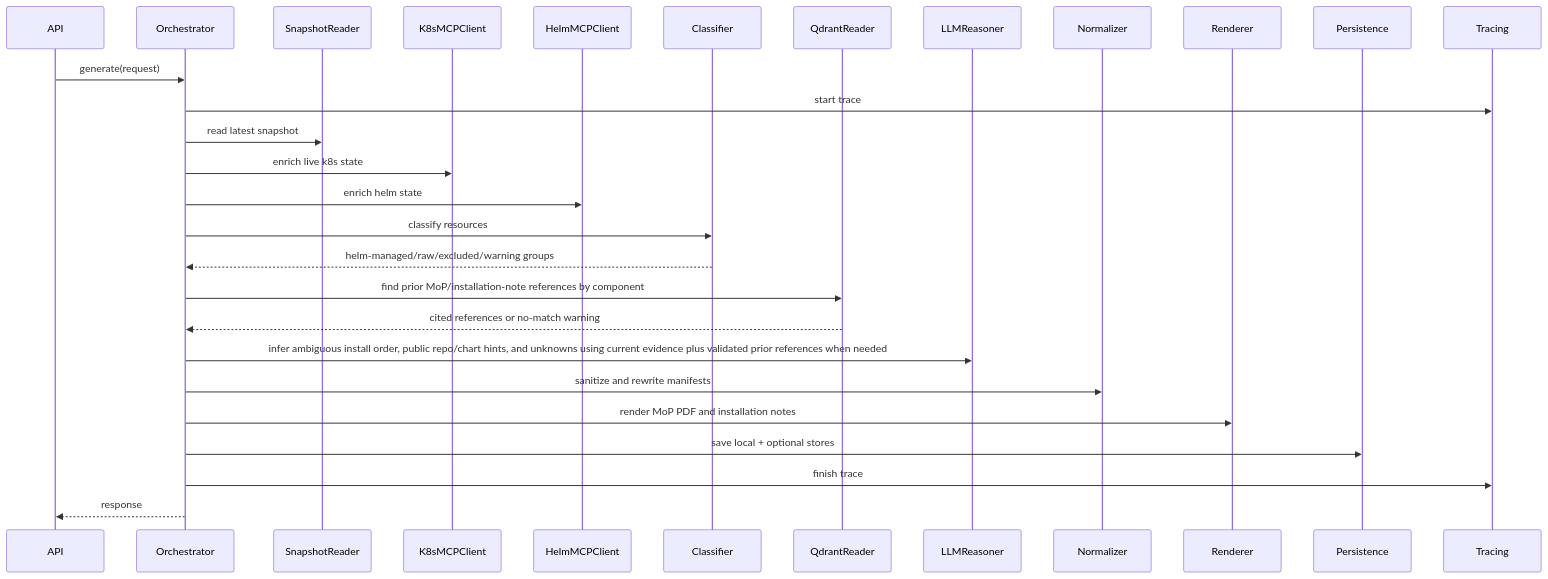
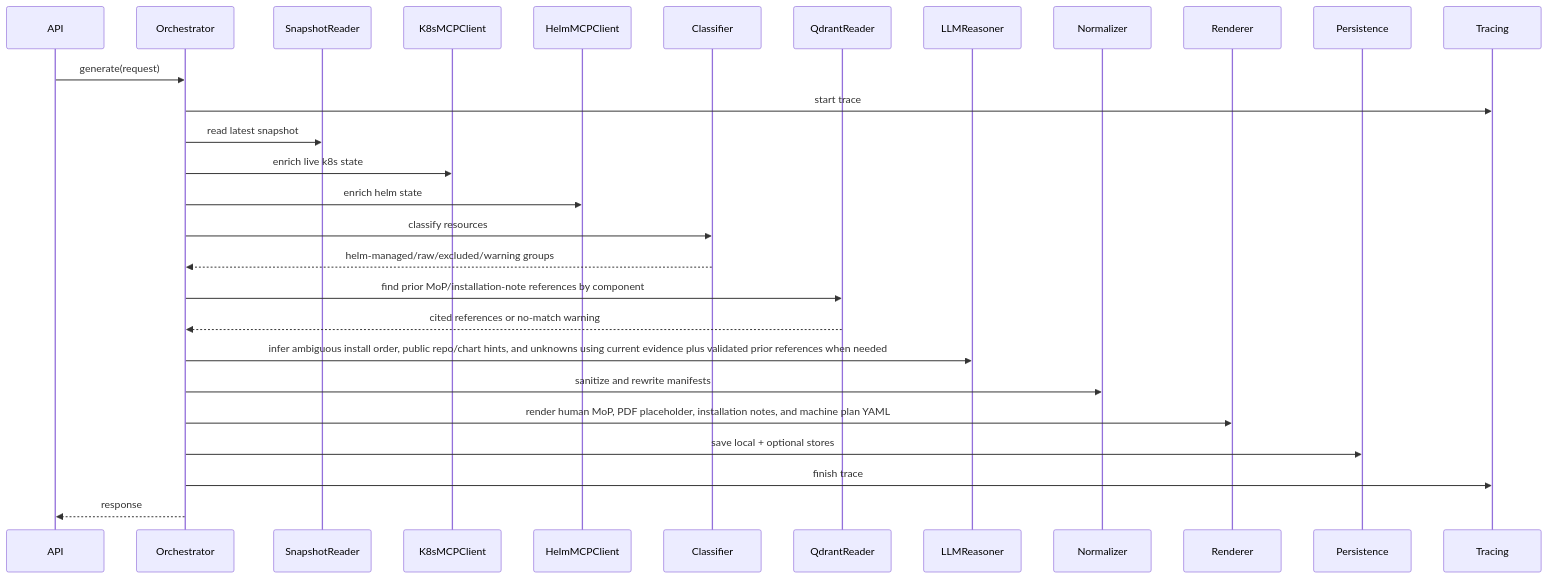
Before and after one commit to aveeshek/bosgenesis-mop-creation-agent: the second of 4 diagrams in docs/03_LLD_MOP_CREATION_AGENT.md, drawn with Mermaid. The commit also changed other lines of this file and 27 other files, not shown here.

Commit message:
Implement phase 8 markdown installation notes renderer

````diff
--- a/docs/03_LLD_MOP_CREATION_AGENT.md
+++ b/docs/03_LLD_MOP_CREATION_AGENT.md
@@ -224,31 +239,31 @@
 ```mermaid
 sequenceDiagram
     participant API
     participant O as Orchestrator
     participant S as SnapshotReader
     participant K as K8sMCPClient
     participant H as HelmMCPClient
     participant C as Classifier
     participant Q as QdrantReader
     participant L as LLMReasoner
     participant N as Normalizer
     participant R as Renderer
     participant P as Persistence
     participant T as Tracing
 
     API->>O: generate(request)
     O->>T: start trace
     O->>S: read latest snapshot
     O->>K: enrich live k8s state
     O->>H: enrich helm state
     O->>C: classify resources
     C-->>O: helm-managed/raw/excluded/warning groups
     O->>Q: find prior MoP/installation-note references by component
     Q-->>O: cited references or no-match warning
     O->>L: infer ambiguous install order, public repo/chart hints, and unknowns using current evidence plus validated prior references when needed
     O->>N: sanitize and rewrite manifests
-    O->>R: render MoP PDF and installation notes
+    O->>R: render human MoP, PDF placeholder, installation notes, and machine plan YAML
     O->>P: save local + optional stores
     O->>T: finish trace
     O-->>API: response
 ```
````
